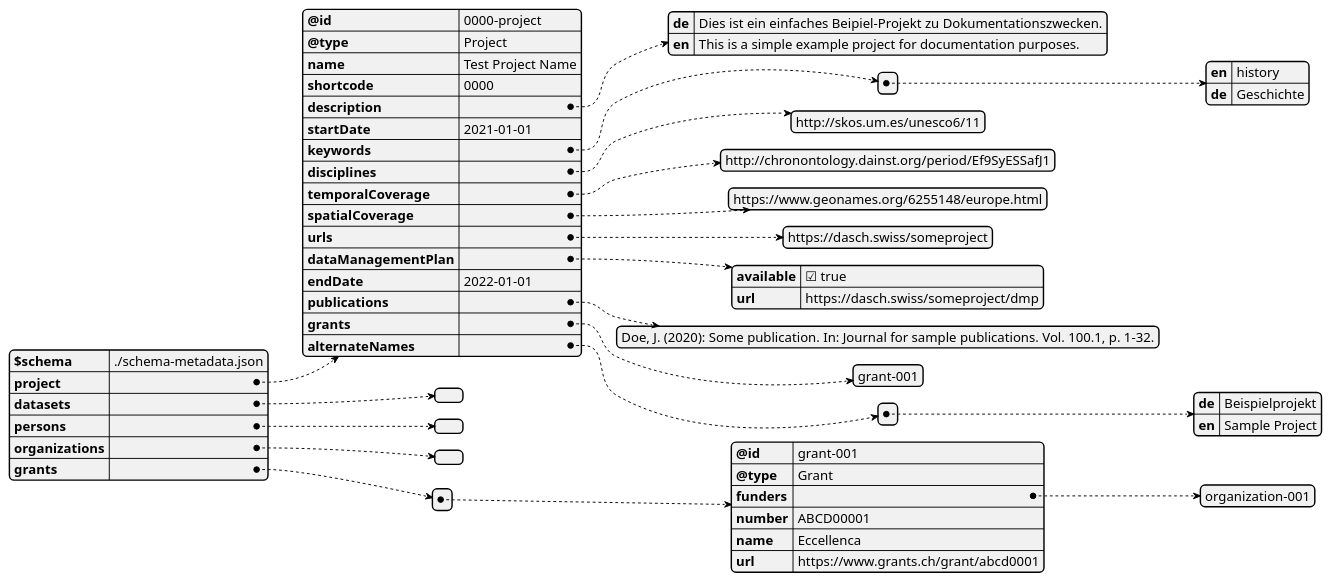
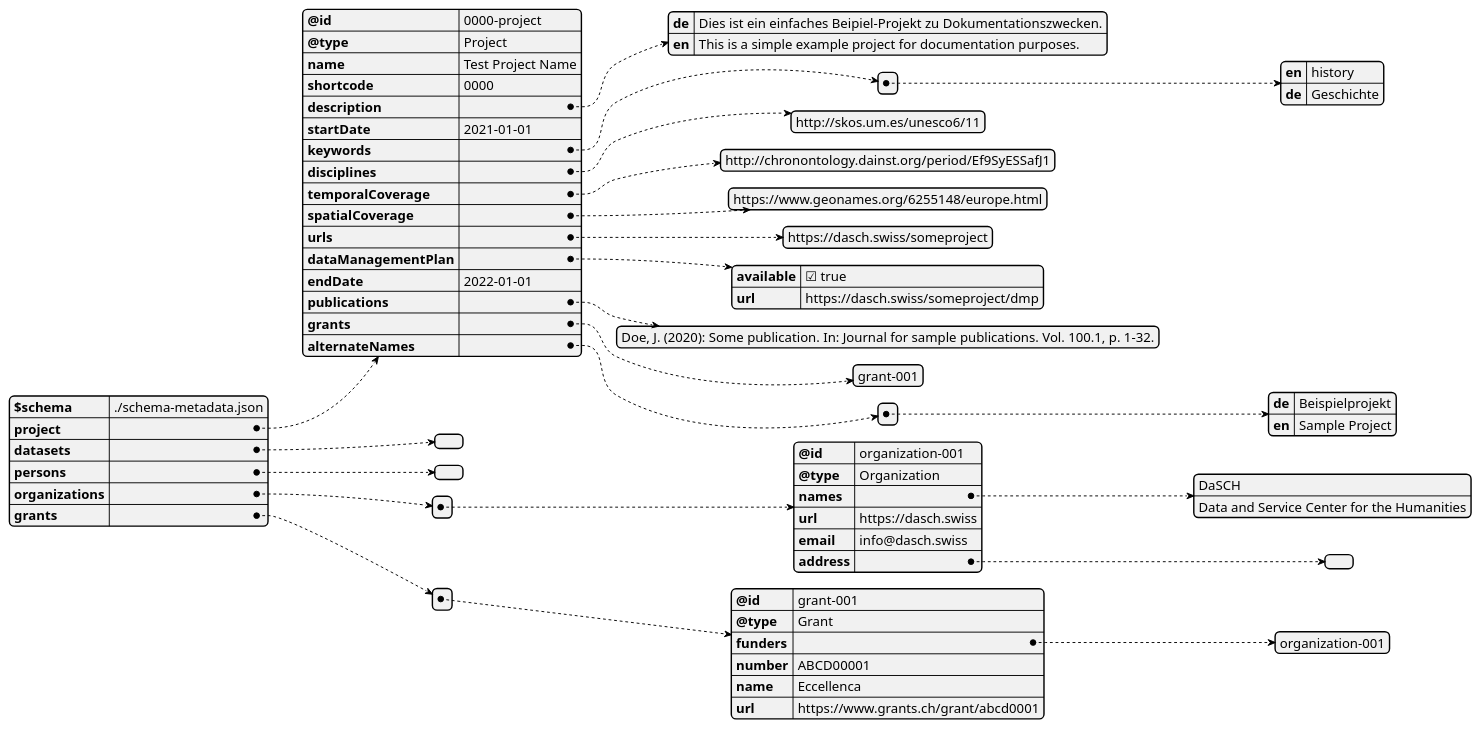
The diagram in docs/services/metadata/api-example.puml (dasch-swiss/dasch-service-platform), drawn with PlantUML before and after one commit. The commit also changed 6 other files, not shown here.

Commit message:
docs(metadata): api definition for type organization (ongoing)

```diff
--- a/docs/services/metadata/api-example.puml
+++ b/docs/services/metadata/api-example.puml
@@ -1,70 +1,83 @@
 @startjson API-Example
 
 {
   "$schema": "./schema-metadata.json",
   "project": {
     "@id": "0000-project",
     "@type": "Project",
     "name": "Test Project Name",
     "shortcode": "0000",
     "description": {
       "de": "Dies ist ein einfaches Beipiel-Projekt zu Dokumentationszwecken.",
       "en": "This is a simple example project for documentation purposes."
     },
     "startDate": "2021-01-01",
     "keywords": [
       {
         "en": "history",
         "de": "Geschichte"
       }
     ],
     "disciplines": [
       "http://skos.um.es/unesco6/11"
     ],
     "temporalCoverage": [
       "http://chronontology.dainst.org/period/Ef9SyESSafJ1"
     ],
     "spatialCoverage": [
       "https://www.geonames.org/6255148/europe.html"
     ],
     "urls": [
       "https://dasch.swiss/someproject"
     ],
     "dataManagementPlan": {
       "available": true,
       "url": "https://dasch.swiss/someproject/dmp"
     },
     "endDate": "2022-01-01",
     "publications": [
       "Doe, J. (2020): Some publication. In: Journal for sample publications. Vol. 100.1, p. 1-32."
     ],
     "grants": [
       "grant-001"
     ],
     "alternateNames": [
       {
         "de": "Beispielprojekt",
         "en": "Sample Project"
       }
     ]
   },
   "datasets": [],
   "persons": [],
-  "organizations": [],
+  "organizations": [
+    {
+      "@id": "organization-001",
+      "@type": "Organization",
+      "names": [
+        "DaSCH",
+        "Data and Service Center for the Humanities"
+      ],
+      "url": "https://dasch.swiss",
+      "email": "info@dasch.swiss",
+      "address": {
+        
+      }
+    }
+  ],
   "grants": [
     {
       "@id": "grant-001",
       "@type": "Grant",
       "funders": [
         "organization-001"
       ],
       "number": "ABCD00001",
       "name": "Eccellenca",
       "url": "https://www.grants.ch/grant/abcd0001"
     }
   ]
 }
 
 
-
 @endjson
```
